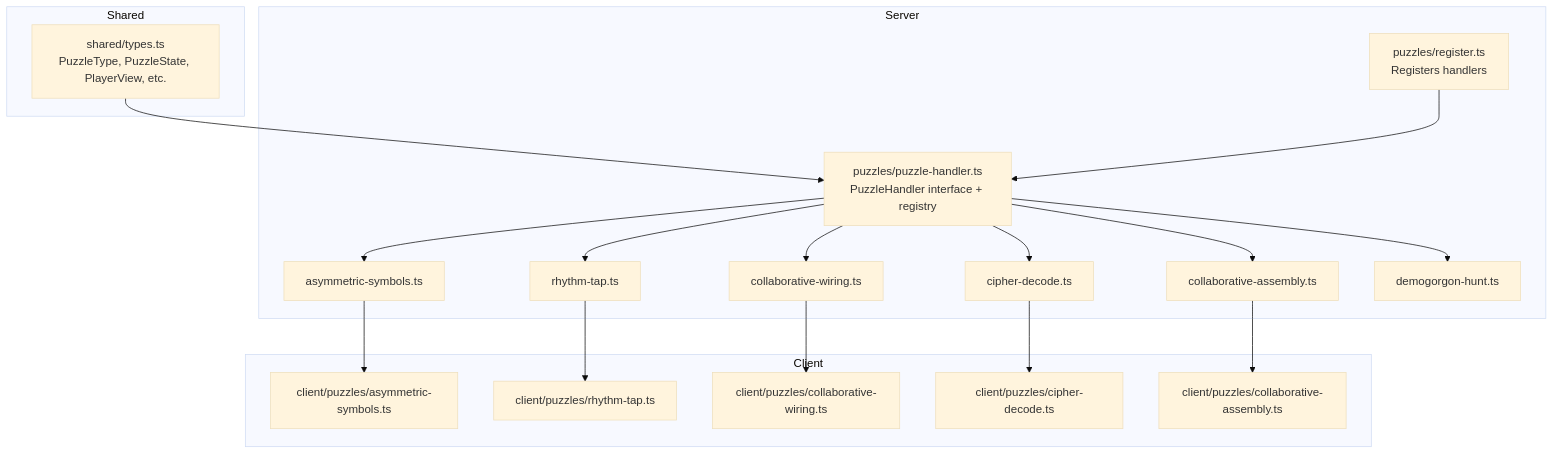
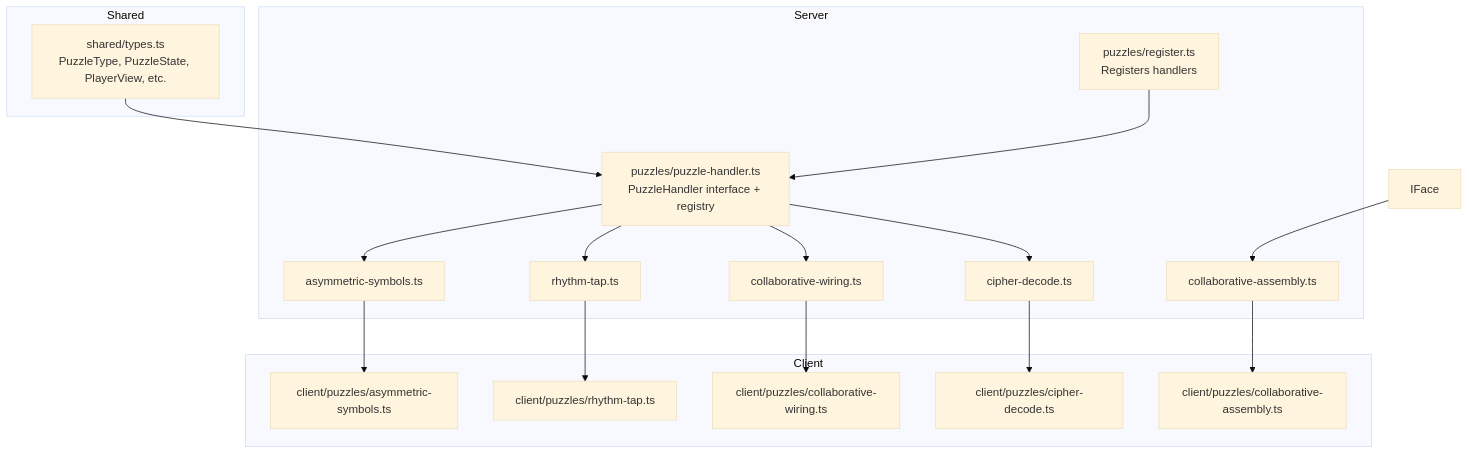
One commit to dkoukoul/escape-room-mvp changed the first of 10 diagrams in .qoder/repowiki/en/content/Puzzle System/Puzzle System.md. Above: the diagram before and after it, drawn with Mermaid (base theme). The commit also changed other lines of this file and 4 other files, not shown here.

````diff
--- a/.qoder/repowiki/en/content/Puzzle System/Puzzle System.md
+++ b/.qoder/repowiki/en/content/Puzzle System/Puzzle System.md
@@ -42,36 +41,34 @@
 ```mermaid
 graph TB
 subgraph "Shared"
 T["shared/types.ts<br/>PuzzleType, PuzzleState, PlayerView, etc."]
 end
 subgraph "Server"
 REG["puzzles/register.ts<br/>Registers handlers"]
 IFACE["puzzles/puzzle-handler.ts<br/>PuzzleHandler interface + registry"]
 P1["asymmetric-symbols.ts"]
 P2["rhythm-tap.ts"]
 P3["collaborative-wiring.ts"]
 P4["cipher-decode.ts"]
 P5["collaborative-assembly.ts"]
-P6["demogorgon-hunt.ts"]
 end
 subgraph "Client"
 C1["client/puzzles/asymmetric-symbols.ts"]
 C2["client/puzzles/rhythm-tap.ts"]
 C3["client/puzzles/collaborative-wiring.ts"]
 C4["client/puzzles/cipher-decode.ts"]
 C5["client/puzzles/collaborative-assembly.ts"]
 end
 T --> IFACE
 REG --> IFACE
 IFACE --> P1
 IFACE --> P2
 IFACE --> P3
 IFACE --> P4
-IFACE --> P5
-IFACE --> P6
+IFace --> P5
 P1 --> C1
 P2 --> C2
 P3 --> C3
 P4 --> C4
 P5 --> C5
 ```
````
